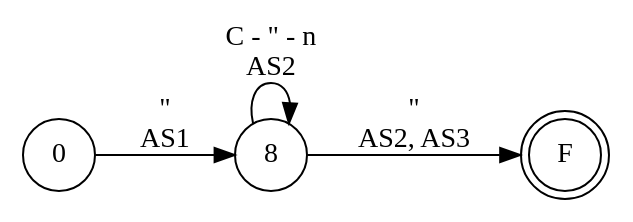
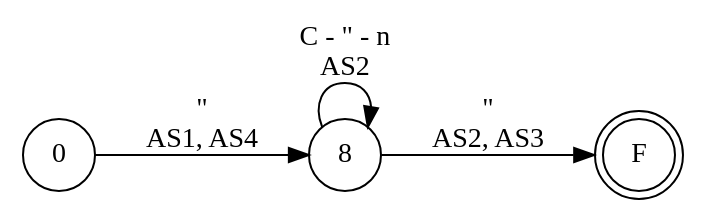
One commit to iroumec/RouVel-Compiler changed the diagram in resources/FA/FADiagrams/strings.dot. Above: the diagram before and after it, drawn with Graphviz. The commit also changed 12 other files, not shown here.

```diff
--- a/resources/FA/FADiagrams/strings.dot
+++ b/resources/FA/FADiagrams/strings.dot
@@ -1,9 +1,9 @@
 digraph DFA {
     rankdir = LR;
     node [shape = circle;];
     F [shape = doublecircle;];
     
-    0 -> 8 [label = "\" \n AS1";];
+    0 -> 8 [label = "\" \n AS1, AS4";];
     8 -> 8 [label = "C - \" - n \n AS2";];
     8 -> F [label = "\" \n AS2, AS3";];
 }
```
